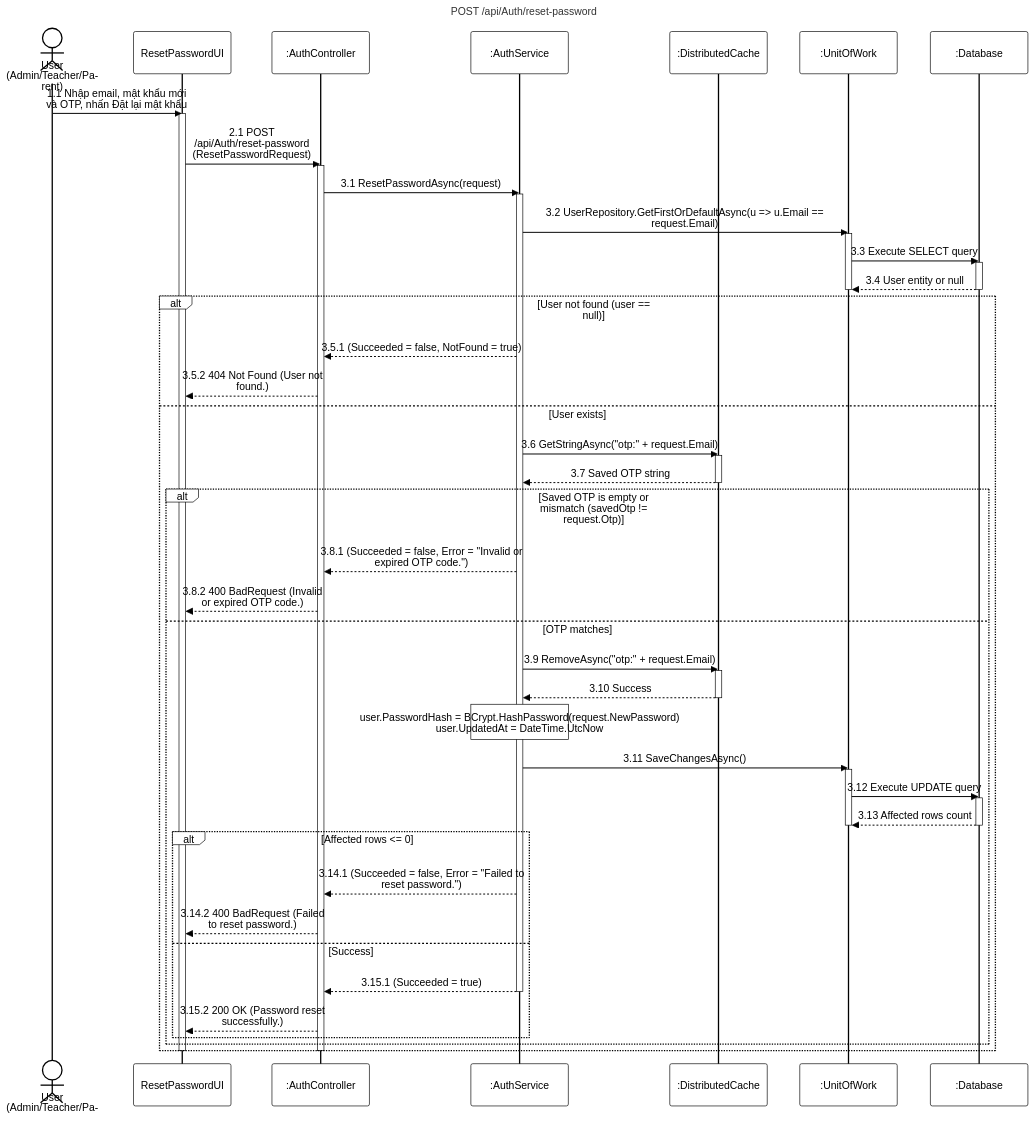
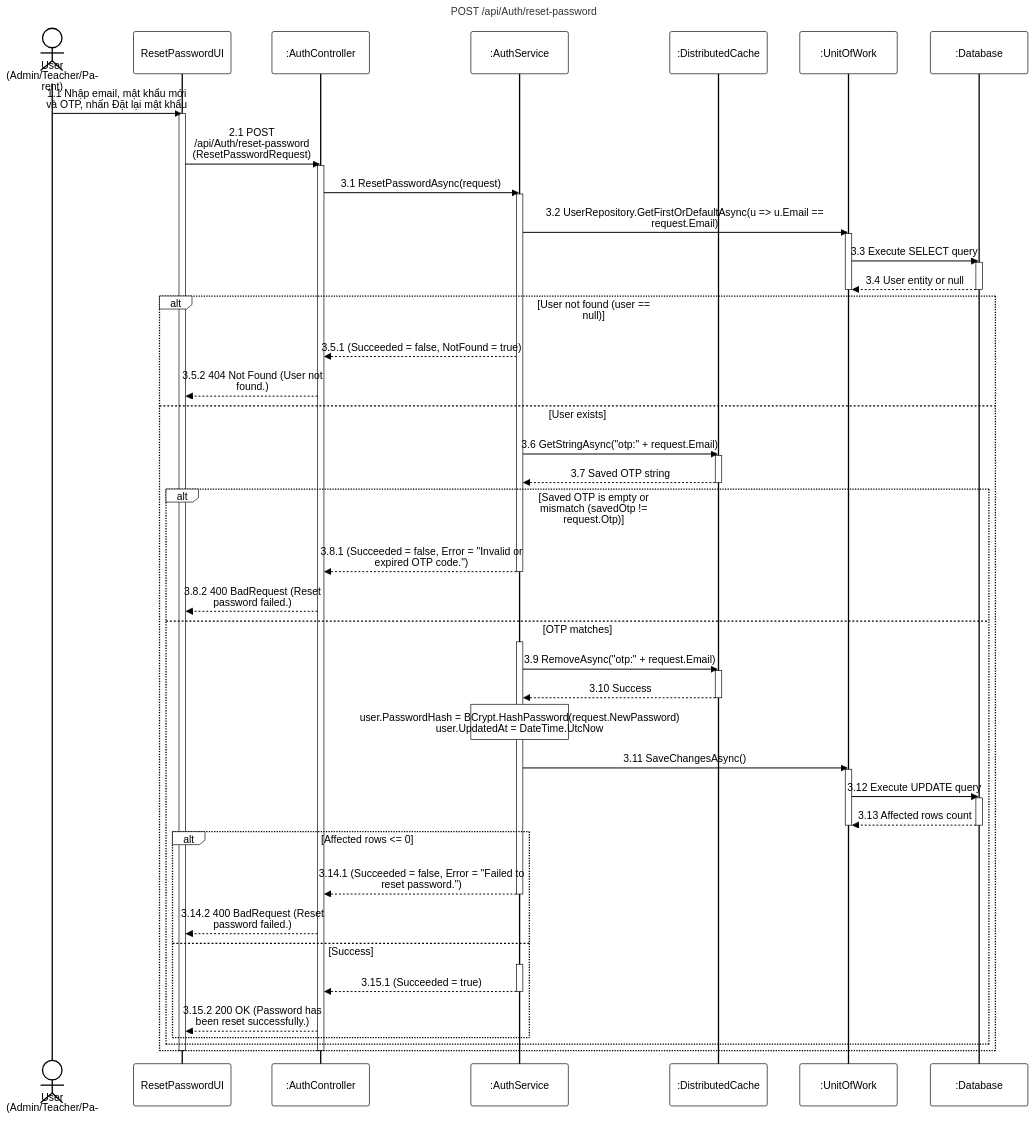
One commit to PhucAnDev/docx-diagram changed the diagram in 01-authentication/sequence-diagram/apis/reset-password.mmd. Above: the diagram before and after it, drawn with Mermaid. The commit also changed 3 other files, not shown here.

Commit message:
fix: update verify-otp.mmd and reset-password.mmd with correct error and success messages and activations

```diff
--- a/01-authentication/sequence-diagram/apis/reset-password.mmd
+++ b/01-authentication/sequence-diagram/apis/reset-password.mmd
@@ -1,67 +1,71 @@
 %%{init: {'theme':'base', 'themeVariables': {'actorBkg':'#ffffff','actorBorder':'#000000','actorTextColor':'#000000','actorLineColor':'#000000','signalColor':'#000000','signalTextColor':'#000000','labelBoxBkgColor':'#ffffff','labelBoxBorderColor':'#000000','labelTextColor':'#000000','loopTextColor':'#000000','noteBkgColor':'#ffffff','noteBorderColor':'#000000','noteTextColor':'#000000','activationBorderColor':'#000000','activationBkgColor':'#ffffff','sequenceNumberColor':'#000000'}, 'sequence': {'width':150,'height':65,'actorFontSize':16,'messageFontSize':16,'wrap':true,'wrapPadding':10}}}%%
 sequenceDiagram
     title POST /api/Auth/reset-password
     actor User as User (Admin/Teacher/Parent)
     participant UI as ResetPasswordUI
     participant Endpoint as :AuthController
     participant Service as :AuthService
     participant Cache as :DistributedCache
     participant DB as :UnitOfWork
     participant Database as :Database
 
     User->>UI: 1.1 Nhập email, mật khẩu mới và OTP, nhấn Đặt lại mật khẩu
     activate UI
     UI->>Endpoint: 2.1 POST /api/Auth/reset-password (ResetPasswordRequest)
     activate Endpoint
 
     Endpoint->>Service: 3.1 ResetPasswordAsync(request)
     activate Service
 
     Service->>DB: 3.2 UserRepository.GetFirstOrDefaultAsync(u => u.Email == request.Email)
     activate DB
     DB->>Database: 3.3 Execute SELECT query
     activate Database
     Database-->>DB: 3.4 User entity or null
     deactivate Database
     deactivate DB
 
     alt User not found (user == null)
         Service-->>Endpoint: 3.5.1 (Succeeded = false, NotFound = true)
         Endpoint-->>UI: 3.5.2 404 Not Found (User not found.)
     else User exists
         Service->>Cache: 3.6 GetStringAsync("otp:" + request.Email)
         activate Cache
         Cache-->>Service: 3.7 Saved OTP string
         deactivate Cache
 
         alt Saved OTP is empty or mismatch (savedOtp != request.Otp)
             Service-->>Endpoint: 3.8.1 (Succeeded = false, Error = "Invalid or expired OTP code.")
-            Endpoint-->>UI: 3.8.2 400 BadRequest (Invalid or expired OTP code.)
+            deactivate Service
+            Endpoint-->>UI: 3.8.2 400 BadRequest (Reset password failed.)
         else OTP matches
+            activate Service
             Service->>Cache: 3.9 RemoveAsync("otp:" + request.Email)
             activate Cache
             Cache-->>Service: 3.10 Success
             deactivate Cache
 
             note over Service: user.PasswordHash = BCrypt.HashPassword(request.NewPassword)<br/>user.UpdatedAt = DateTime.UtcNow
             
             Service->>DB: 3.11 SaveChangesAsync()
             activate DB
             DB->>Database: 3.12 Execute UPDATE query
             activate Database
             Database-->>DB: 3.13 Affected rows count
             deactivate Database
             deactivate DB
 
             alt Affected rows <= 0
                 Service-->>Endpoint: 3.14.1 (Succeeded = false, Error = "Failed to reset password.")
-                Endpoint-->>UI: 3.14.2 400 BadRequest (Failed to reset password.)
+                deactivate Service
+                Endpoint-->>UI: 3.14.2 400 BadRequest (Reset password failed.)
             else Success
+                activate Service
                 Service-->>Endpoint: 3.15.1 (Succeeded = true)
                 deactivate Service
-                Endpoint-->>UI: 3.15.2 200 OK (Password reset successfully.)
+                Endpoint-->>UI: 3.15.2 200 OK (Password has been reset successfully.)
             end
         end
     end
     deactivate Endpoint
     deactivate UI
```
